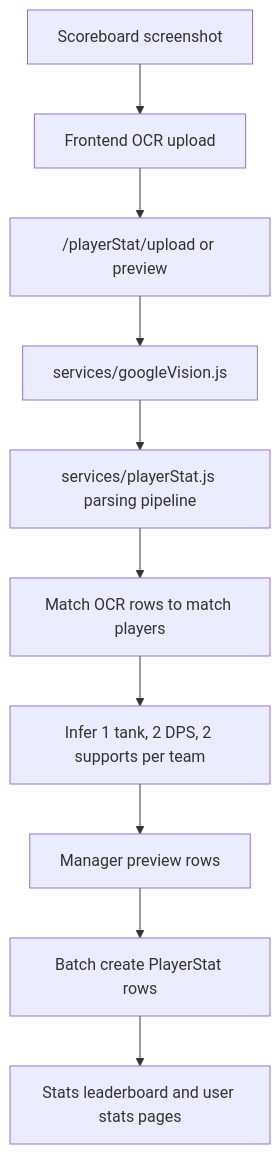
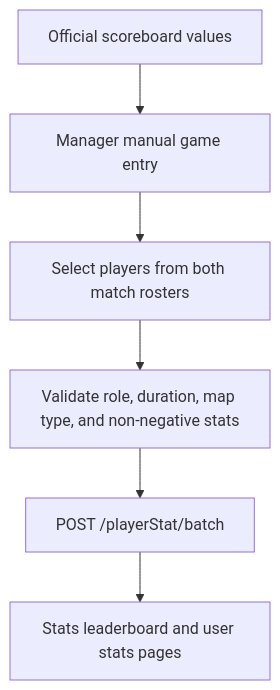
Before and after one commit to AlonsoOspino/GoongingaProyectDesigning: the seventh of 9 diagrams in README.md, drawn with Mermaid. The commit also changed other lines of this file and 36 other files, not shown here.

````diff
--- a/README.md
+++ b/README.md
@@ -297,12 +296,8 @@
 ```mermaid
 flowchart TD
-  Screenshot["Scoreboard screenshot"] --> Upload["Frontend OCR upload"]
-  Upload --> PlayerStatAPI["/playerStat/upload or preview"]
-  PlayerStatAPI --> VisionService["services/googleVision.js"]
-  VisionService --> OCRParser["services/playerStat.js parsing pipeline"]
-  OCRParser --> PlayerMatching["Match OCR rows to match players"]
-  PlayerMatching --> RoleInference["Infer 1 tank, 2 DPS, 2 supports per team"]
-  RoleInference --> Preview["Manager preview rows"]
-  Preview --> BatchCreate["Batch create PlayerStat rows"]
+  Scoreboard["Official scoreboard values"] --> Entry["Manager manual game entry"]
+  Entry --> PlayerMatching["Select players from both match rosters"]
+  PlayerMatching --> Validation["Validate role, duration, map type, and non-negative stats"]
+  Validation --> BatchCreate["POST /playerStat/batch"]
   BatchCreate --> StatsPages["Stats leaderboard and user stats pages"]
 ```
````
